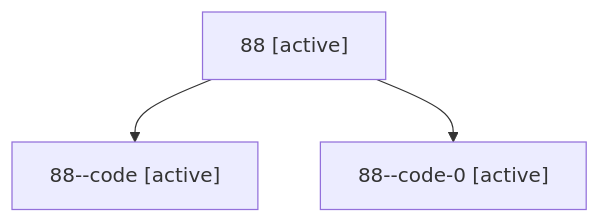
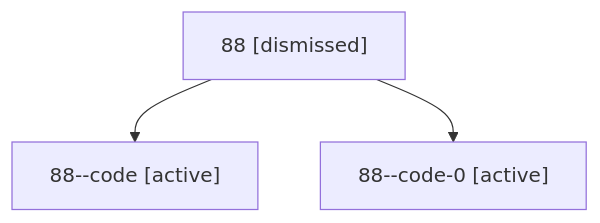
The diagram in sessions/bbugyi200.athena.88.md (bobs-org/bob-cli--agents), drawn with Mermaid before and after one commit. The commit also changed other lines of this file and 27 other files, not shown here.

````diff
--- a/sessions/bbugyi200.athena.88.md
+++ b/sessions/bbugyi200.athena.88.md
@@ -9,8 +9,8 @@
 ```mermaid
 flowchart TD
-  n0["88 [active]"]
+  n0["88 [dismissed]"]
   n1["88--code [active]"]
   n0 --> n1
   n2["88--code-0 [active]"]
   n0 --> n2
 ```
````
